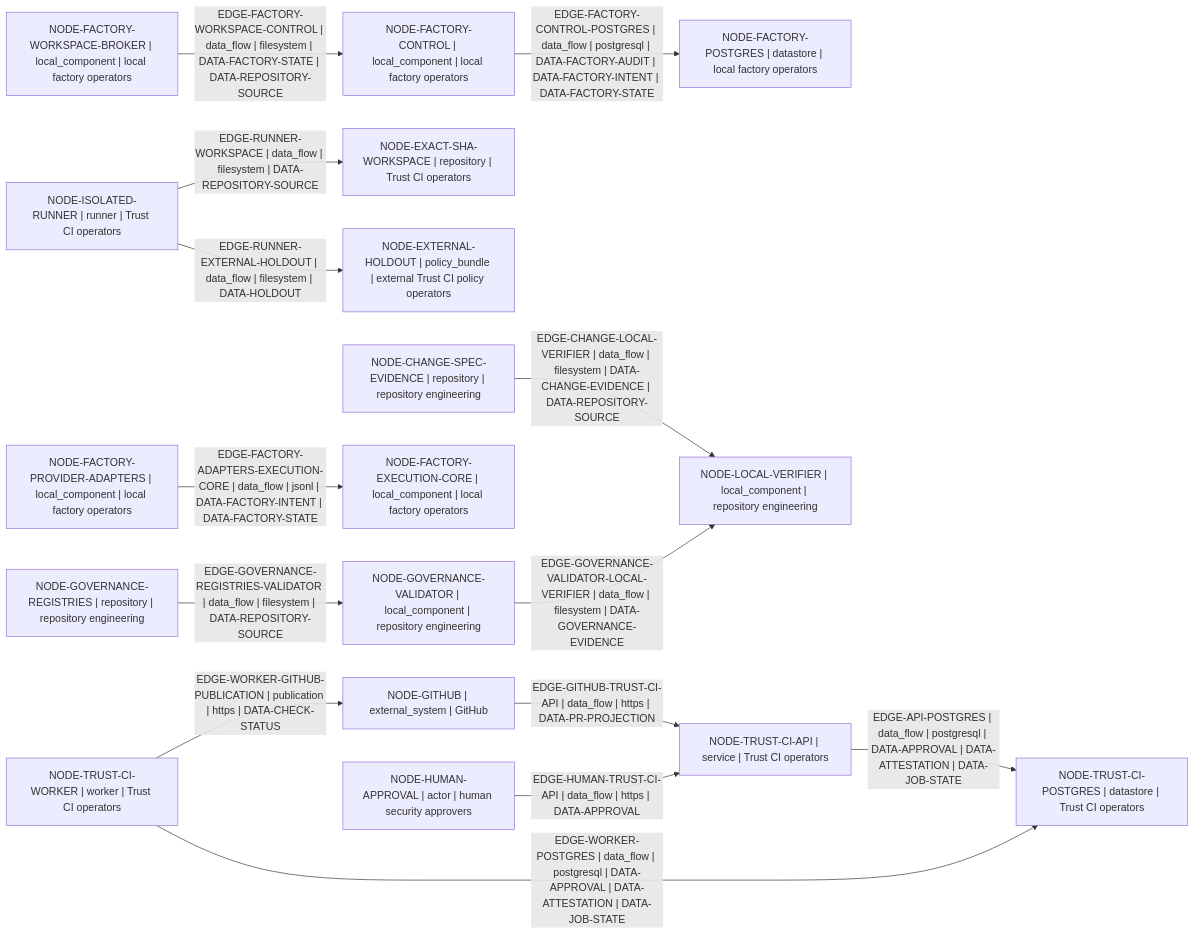
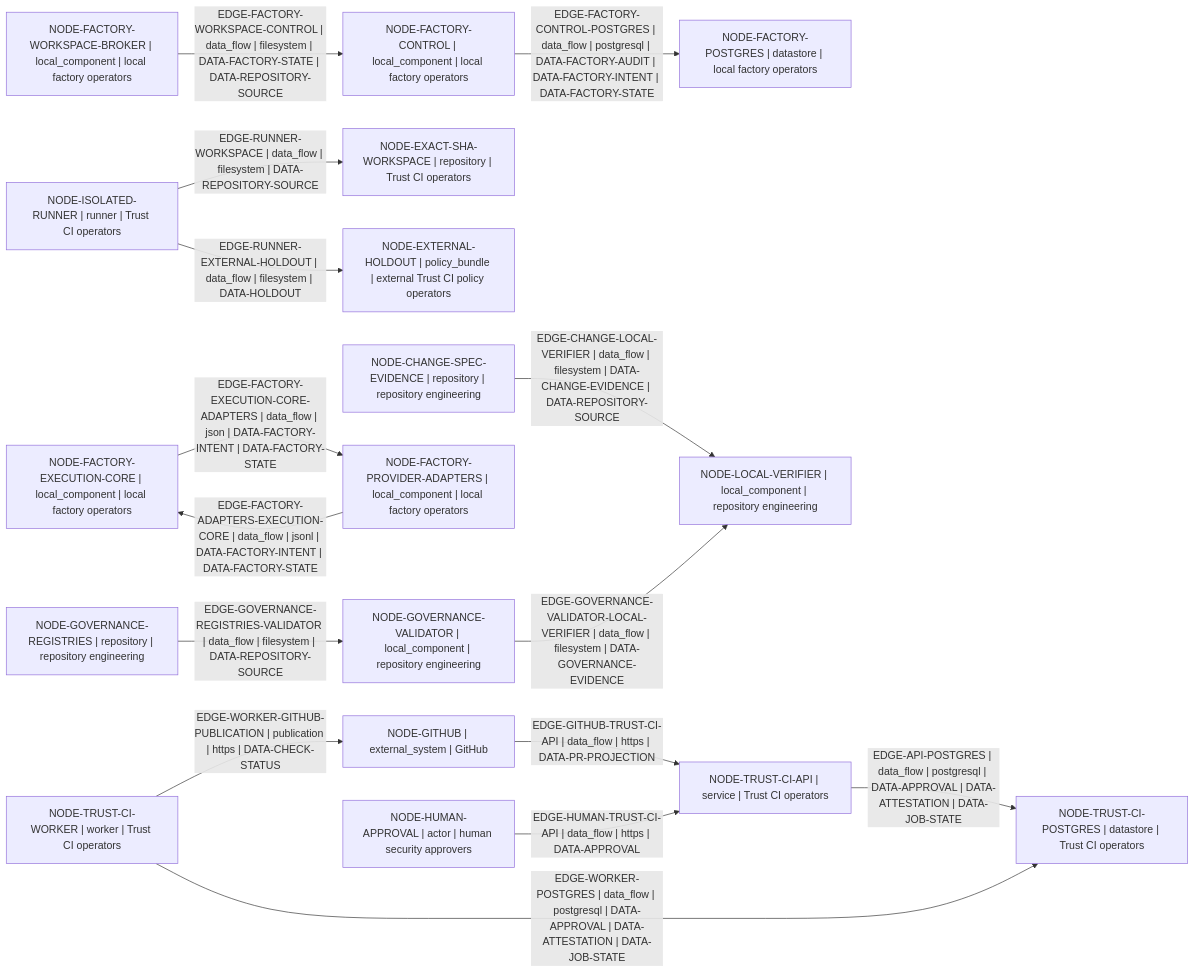
The diagram in architecture/generated/data-flow.mmd (Dimkox/adaptive-grok-build-pro), drawn with Mermaid before and after one commit. The commit also changed 27 other files, not shown here.

```diff
--- a/architecture/generated/data-flow.mmd
+++ b/architecture/generated/data-flow.mmd
@@ -1,31 +1,32 @@
 flowchart LR
   node_8938bd3db1932751["NODE-CHANGE-SPEC-EVIDENCE | repository | repository engineering"]
   node_2e8a7072de3f3743["NODE-EXACT-SHA-WORKSPACE | repository | Trust CI operators"]
   node_0a0fe2f046a648e9["NODE-EXTERNAL-HOLDOUT | policy_bundle | external Trust CI policy operators"]
   node_a6c166e55f8e1784["NODE-FACTORY-CONTROL | local_component | local factory operators"]
   node_0a087cfaed95a8ad["NODE-FACTORY-EXECUTION-CORE | local_component | local factory operators"]
   node_a77de286f8308fd4["NODE-FACTORY-POSTGRES | datastore | local factory operators"]
   node_fae11f6a95d982dc["NODE-FACTORY-PROVIDER-ADAPTERS | local_component | local factory operators"]
   node_23f89cd7152cc030["NODE-FACTORY-WORKSPACE-BROKER | local_component | local factory operators"]
   node_8b8a8cd21b180532["NODE-GITHUB | external_system | GitHub"]
   node_dfd1104494c6ab8f["NODE-GOVERNANCE-REGISTRIES | repository | repository engineering"]
   node_23677f8757246623["NODE-GOVERNANCE-VALIDATOR | local_component | repository engineering"]
   node_e4e37173e410ad23["NODE-HUMAN-APPROVAL | actor | human security approvers"]
   node_1c3a10ba26a8e80d["NODE-ISOLATED-RUNNER | runner | Trust CI operators"]
   node_23bed8fcbfc79861["NODE-LOCAL-VERIFIER | local_component | repository engineering"]
   node_d0e570b2fbe52f98["NODE-TRUST-CI-API | service | Trust CI operators"]
   node_1a6c7efb2d08591b["NODE-TRUST-CI-POSTGRES | datastore | Trust CI operators"]
   node_070dda93443dcc1f["NODE-TRUST-CI-WORKER | worker | Trust CI operators"]
   node_d0e570b2fbe52f98 -->|"EDGE-API-POSTGRES | data_flow | postgresql | DATA-APPROVAL | DATA-ATTESTATION | DATA-JOB-STATE"| node_1a6c7efb2d08591b
   node_8938bd3db1932751 -->|"EDGE-CHANGE-LOCAL-VERIFIER | data_flow | filesystem | DATA-CHANGE-EVIDENCE | DATA-REPOSITORY-SOURCE"| node_23bed8fcbfc79861
   node_fae11f6a95d982dc -->|"EDGE-FACTORY-ADAPTERS-EXECUTION-CORE | data_flow | jsonl | DATA-FACTORY-INTENT | DATA-FACTORY-STATE"| node_0a087cfaed95a8ad
   node_a6c166e55f8e1784 -->|"EDGE-FACTORY-CONTROL-POSTGRES | data_flow | postgresql | DATA-FACTORY-AUDIT | DATA-FACTORY-INTENT | DATA-FACTORY-STATE"| node_a77de286f8308fd4
+  node_0a087cfaed95a8ad -->|"EDGE-FACTORY-EXECUTION-CORE-ADAPTERS | data_flow | json | DATA-FACTORY-INTENT | DATA-FACTORY-STATE"| node_fae11f6a95d982dc
   node_23f89cd7152cc030 -->|"EDGE-FACTORY-WORKSPACE-CONTROL | data_flow | filesystem | DATA-FACTORY-STATE | DATA-REPOSITORY-SOURCE"| node_a6c166e55f8e1784
   node_8b8a8cd21b180532 -->|"EDGE-GITHUB-TRUST-CI-API | data_flow | https | DATA-PR-PROJECTION"| node_d0e570b2fbe52f98
   node_dfd1104494c6ab8f -->|"EDGE-GOVERNANCE-REGISTRIES-VALIDATOR | data_flow | filesystem | DATA-REPOSITORY-SOURCE"| node_23677f8757246623
   node_23677f8757246623 -->|"EDGE-GOVERNANCE-VALIDATOR-LOCAL-VERIFIER | data_flow | filesystem | DATA-GOVERNANCE-EVIDENCE"| node_23bed8fcbfc79861
   node_e4e37173e410ad23 -->|"EDGE-HUMAN-TRUST-CI-API | data_flow | https | DATA-APPROVAL"| node_d0e570b2fbe52f98
   node_1c3a10ba26a8e80d -->|"EDGE-RUNNER-EXTERNAL-HOLDOUT | data_flow | filesystem | DATA-HOLDOUT"| node_0a0fe2f046a648e9
   node_1c3a10ba26a8e80d -->|"EDGE-RUNNER-WORKSPACE | data_flow | filesystem | DATA-REPOSITORY-SOURCE"| node_2e8a7072de3f3743
   node_070dda93443dcc1f -->|"EDGE-WORKER-GITHUB-PUBLICATION | publication | https | DATA-CHECK-STATUS"| node_8b8a8cd21b180532
   node_070dda93443dcc1f -->|"EDGE-WORKER-POSTGRES | data_flow | postgresql | DATA-APPROVAL | DATA-ATTESTATION | DATA-JOB-STATE"| node_1a6c7efb2d08591b
```
